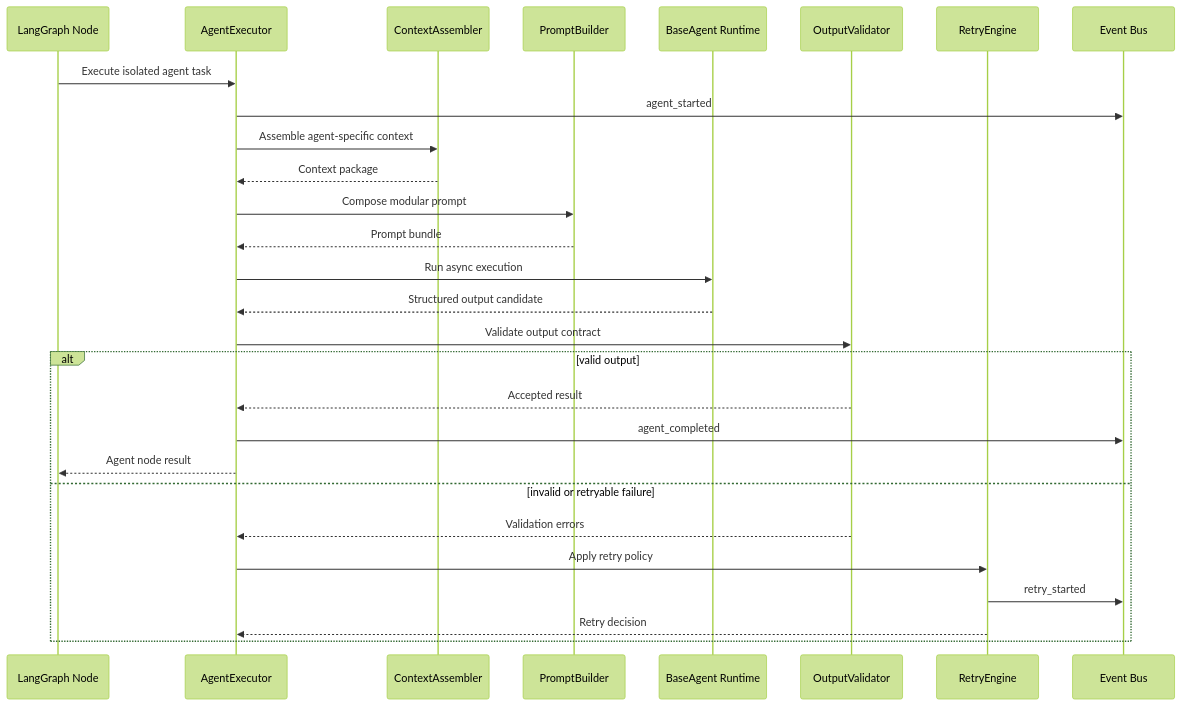
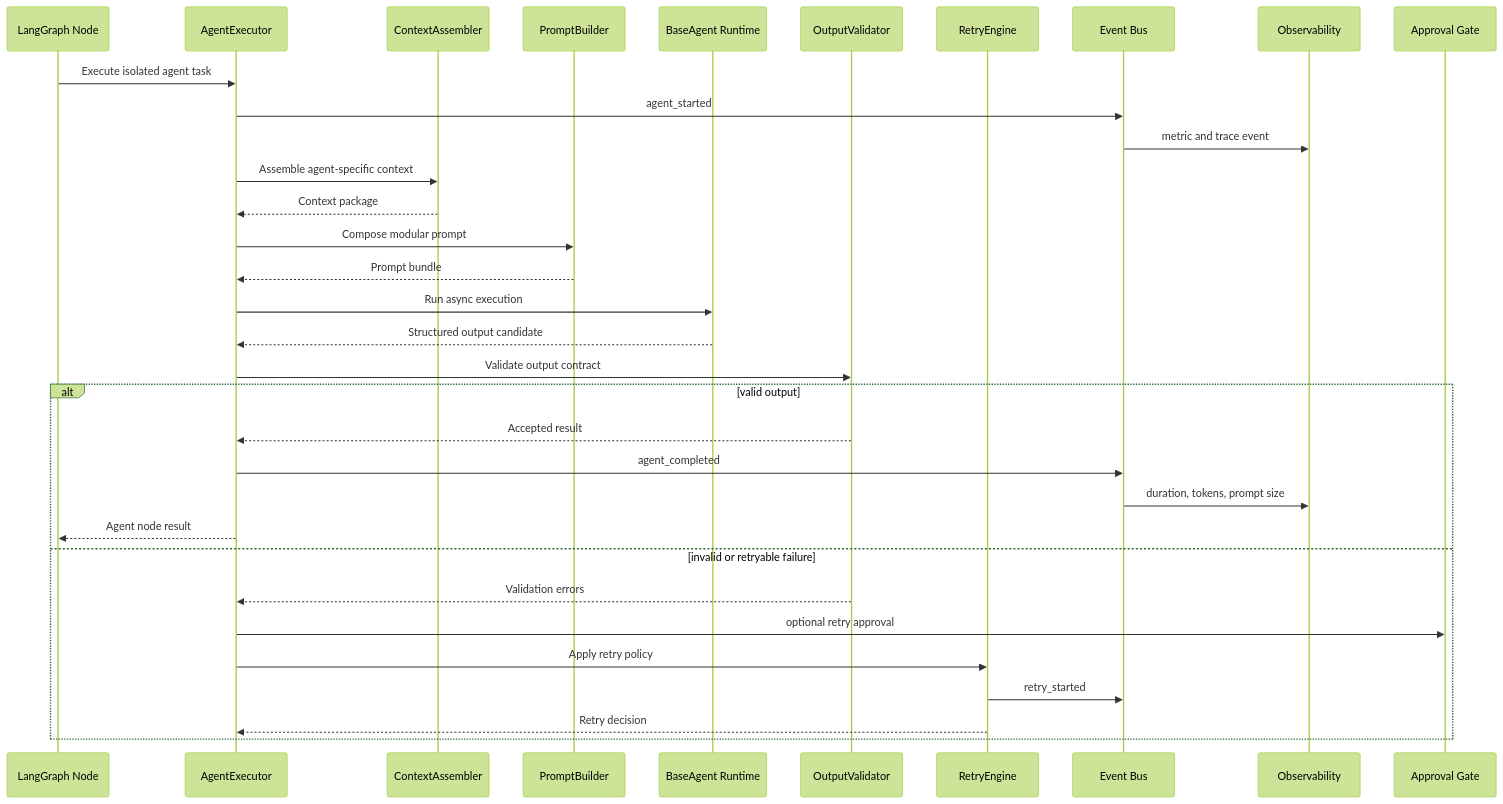
Before and after one commit to fhuamanr/LegionAgents: the third of 6 diagrams in README.md, drawn with Mermaid (forest theme). The commit also changed other lines of this file and 2 other files, not shown here.

````diff
--- a/README.md
+++ b/README.md
@@ -92,31 +113,36 @@
 ```mermaid
 sequenceDiagram
   participant Graph as LangGraph Node
   participant Executor as AgentExecutor
   participant Context as ContextAssembler
   participant Prompts as PromptBuilder
   participant Agent as BaseAgent Runtime
   participant Validator as OutputValidator
   participant Retry as RetryEngine
   participant Stream as Event Bus
+  participant Obs as Observability
+  participant Approval as Approval Gate
 
   Graph->>Executor: Execute isolated agent task
   Executor->>Stream: agent_started
+  Stream->>Obs: metric and trace event
   Executor->>Context: Assemble agent-specific context
   Context-->>Executor: Context package
   Executor->>Prompts: Compose modular prompt
   Prompts-->>Executor: Prompt bundle
   Executor->>Agent: Run async execution
   Agent-->>Executor: Structured output candidate
   Executor->>Validator: Validate output contract
   alt valid output
     Validator-->>Executor: Accepted result
     Executor->>Stream: agent_completed
+    Stream->>Obs: duration, tokens, prompt size
     Executor-->>Graph: Agent node result
   else invalid or retryable failure
     Validator-->>Executor: Validation errors
+    Executor->>Approval: optional retry approval
     Executor->>Retry: Apply retry policy
     Retry->>Stream: retry_started
     Retry-->>Executor: Retry decision
   end
 ```
````
